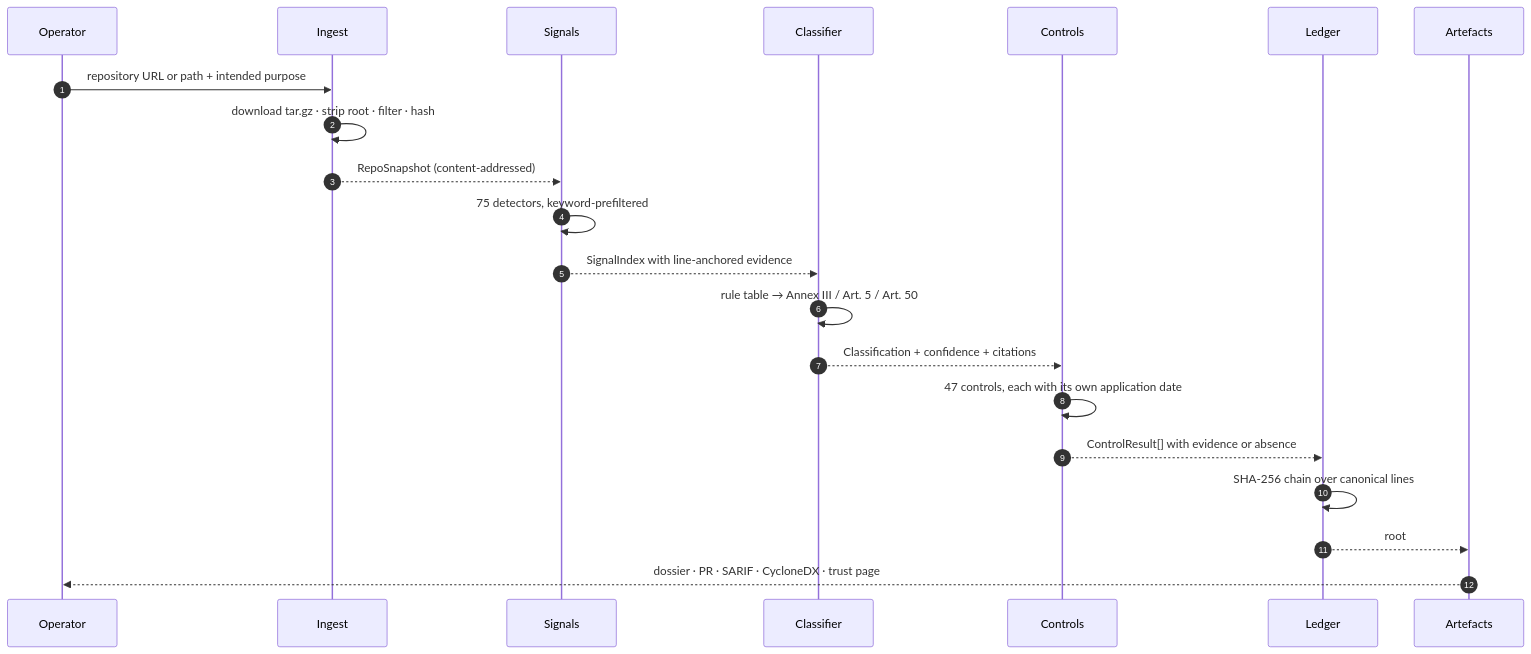
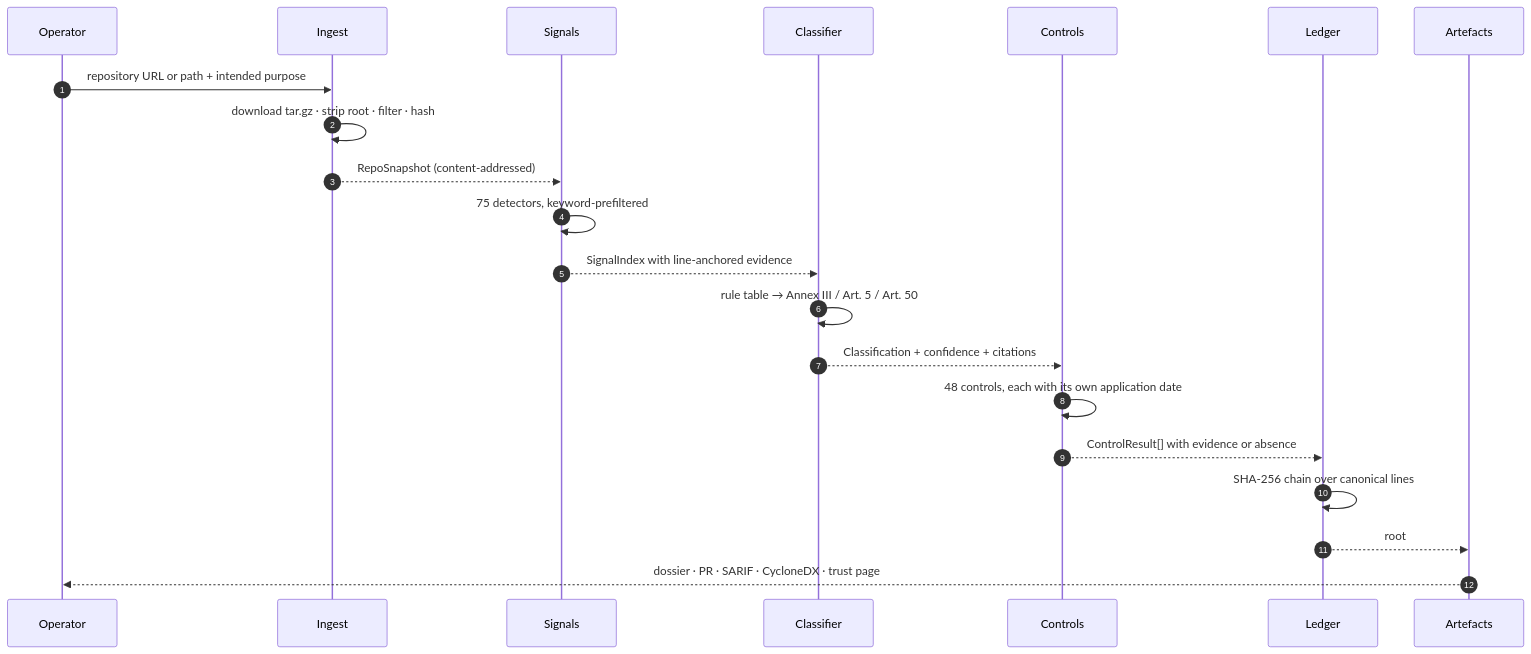
Before and after one commit to shi1720/LexHack: the diagram in docs/ARCHITECTURE.md, drawn with Mermaid. The commit also changed other lines of this file and 24 other files, not shown here.

````diff
--- a/docs/ARCHITECTURE.md
+++ b/docs/ARCHITECTURE.md
@@ -13,24 +13,24 @@
 ```mermaid
 sequenceDiagram
     autonumber
     participant U as Operator
     participant I as Ingest
     participant S as Signals
     participant C as Classifier
     participant E as Controls
     participant L as Ledger
     participant A as Artefacts
 
     U->>I: repository URL or path + intended purpose
     I->>I: download tar.gz · strip root · filter · hash
     I-->>S: RepoSnapshot (content-addressed)
     S->>S: 75 detectors, keyword-prefiltered
     S-->>C: SignalIndex with line-anchored evidence
     C->>C: rule table → Annex III / Art. 5 / Art. 50
     C-->>E: Classification + confidence + citations
-    E->>E: 47 controls, each with its own application date
+    E->>E: 48 controls, each with its own application date
     E-->>L: ControlResult[] with evidence or absence
     L->>L: SHA-256 chain over canonical lines
     L-->>A: root
     A-->>U: dossier · PR · SARIF · CycloneDX · trust page
 ```
````
